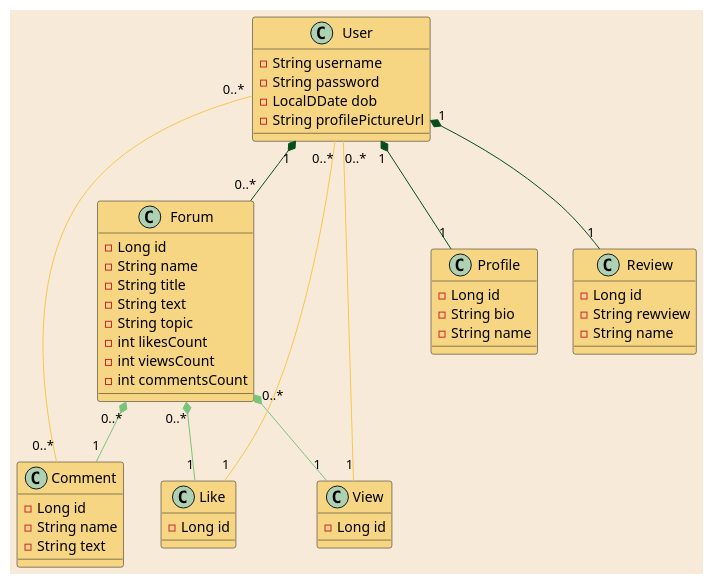
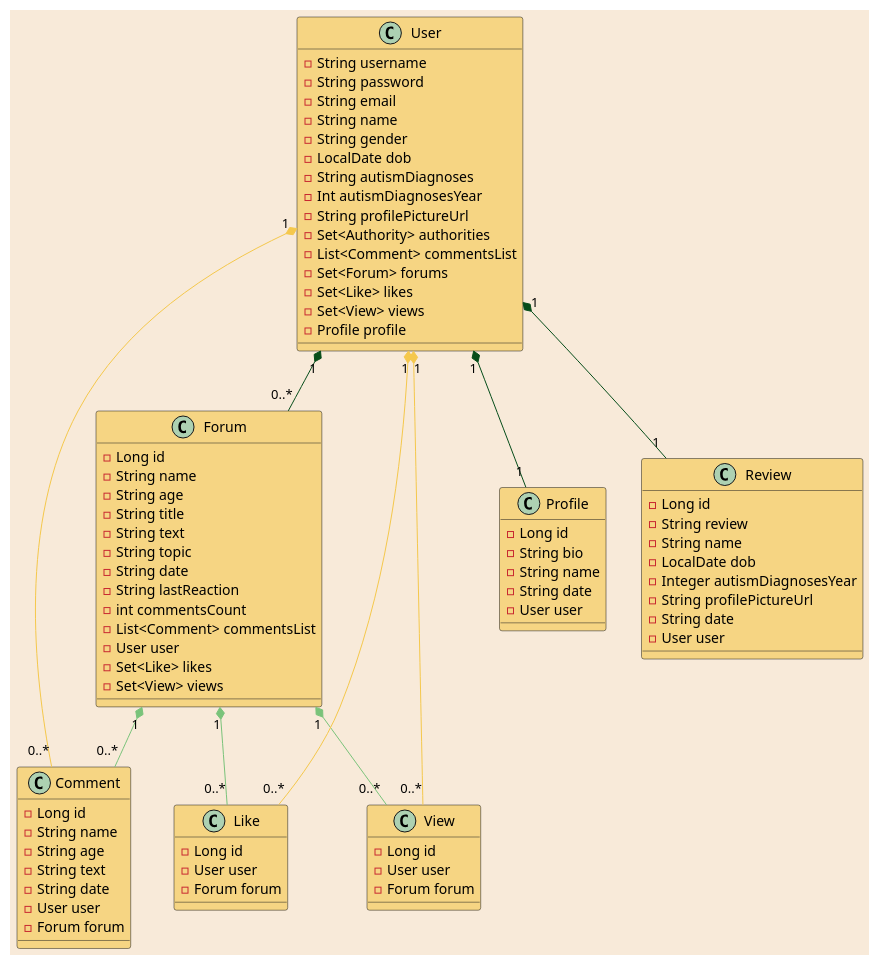
Before and after one commit to TamaraDeBeer/Backend-AutiWomen: the diagram in src/main/resources/ClassDiagram.puml, drawn with PlantUML. The commit also changed 6 other files, not shown here.

Commit message:
klassendiagram aangepast na feedback Novi

```diff
--- a/src/main/resources/ClassDiagram.puml
+++ b/src/main/resources/ClassDiagram.puml
@@ -1,69 +1,96 @@
 @startuml
 'https://plantuml.com/class-diagram
 
 skinparam {
     BackgroundColor #F8EAD9
     BorderColor #F8EAD9
 }
 
 class Forum #F5C84C99 {
     - Long id
     - String name
+    - String age
     - String title
     - String text
     - String topic
-    - int likesCount
-    - int viewsCount
+    - String date
+    - String lastReaction
     - int commentsCount
+    - List<Comment> commentsList
+    - User user
+    - Set<Like> likes
+    - Set<View> views
     }
 
 class Comment #F5C84C99 {
     - Long id
     - String name
+    - String age
     - String text
+    - String date
+    - User user
+    - Forum forum
     }
 
 class Like #F5C84C99 {
     - Long id
+    - User user
+    - Forum forum
     }
 
 class View #F5C84C99 {
     - Long id
+    - User user
+    - Forum forum
     }
 
 class User #F5C84C99 {
     - String username
     - String password
-    - LocalDDate dob
+    - String email
+    - String name
+    - String gender
+    - LocalDate dob
+    - String autismDiagnoses
+    - Int autismDiagnosesYear
     - String profilePictureUrl
+    - Set<Authority> authorities
+    - List<Comment> commentsList
+    - Set<Forum> forums
+    - Set<Like> likes
+    - Set<View> views
+    - Profile profile
 }
 
 class Profile #F5C84C99 {
     - Long id
     - String bio
     - String name
+    - String date
+    - User user
 }
 
 class Review #F5C84C99 {
     - Long id
-    - String rewview
+    - String review
     - String name
+    - LocalDate dob
+    - Integer autismDiagnosesYear
+    - String profilePictureUrl
+    - String date
+    - User user
 }
 
 User "1" *--[#064D1A] "1" Profile
 User "1" *--[#064D1A] "1" Review
 User "1" *--[#064D1A] "0..*" Forum
 
-Forum "0..*" *--[#7AC37A] "1" Comment
-Forum "0..*" *--[#7AC37A] "1" Like
-Forum "0..*" *--[#7AC37A] "1" View
+Forum "1" *--[#7AC37A] "0..*" Comment
+Forum "1" *--[#7AC37A] "0..*" Like
+Forum "1" *--[#7AC37A] "0..*" View
 
-User "0..*" --[#F5C84C] "0..*" Comment
-User "0..*" --[#F5C84C] "1" Like
-User "0..*" --[#F5C84C] "1" View
-
-'Comment "1" *--[#purple] "1" User
-'Like "1" *--[#purple] "1" User
-'View "1" *--[#purple] "1" User
+User "1" *--[#F5C84C] "0..*" Comment
+User "1" *--[#F5C84C] "0..*" Like
+User "1" *--[#F5C84C] "0..*" View
 
 @enduml
```
